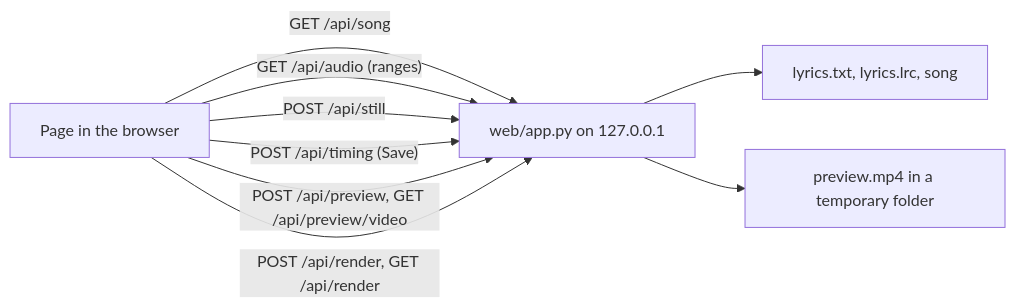
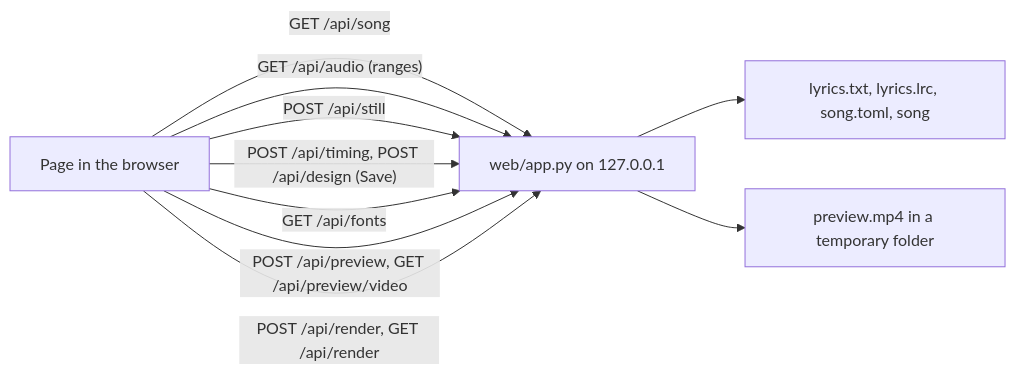
The third of 3 diagrams in docs/en/ARCHITECTURE.md (musica-sanare/lyrics-video-app), drawn with Mermaid before and after one commit. The commit also changed other lines of this file and 23 other files, not shown here.

````diff
--- a/docs/en/ARCHITECTURE.md
+++ b/docs/en/ARCHITECTURE.md
@@ -108,14 +108,15 @@
 ```mermaid
 flowchart LR
   page["Page in the browser"]
   server["web/app.py on 127.0.0.1"]
-  files["lyrics.txt, lyrics.lrc, song"]
+  files["lyrics.txt, lyrics.lrc, song.toml, song"]
   page -->|"GET /api/song"| server
   page -->|"GET /api/audio (ranges)"| server
   page -->|"POST /api/still"| server
-  page -->|"POST /api/timing (Save)"| server
+  page -->|"POST /api/timing, POST /api/design (Save)"| server
+  page -->|"GET /api/fonts"| server
   page -->|"POST /api/preview, GET /api/preview/video"| server
   page -->|"POST /api/render, GET /api/render"| server
   server --> files
   server --> temp["preview.mp4 in a temporary folder"]
 ```
````
